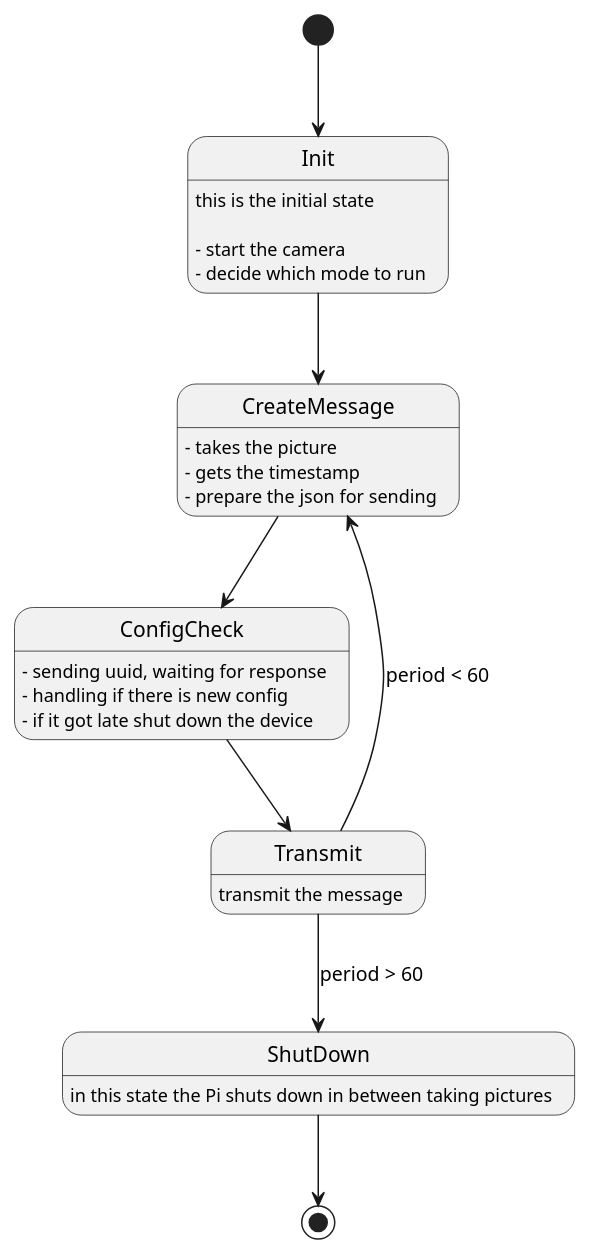
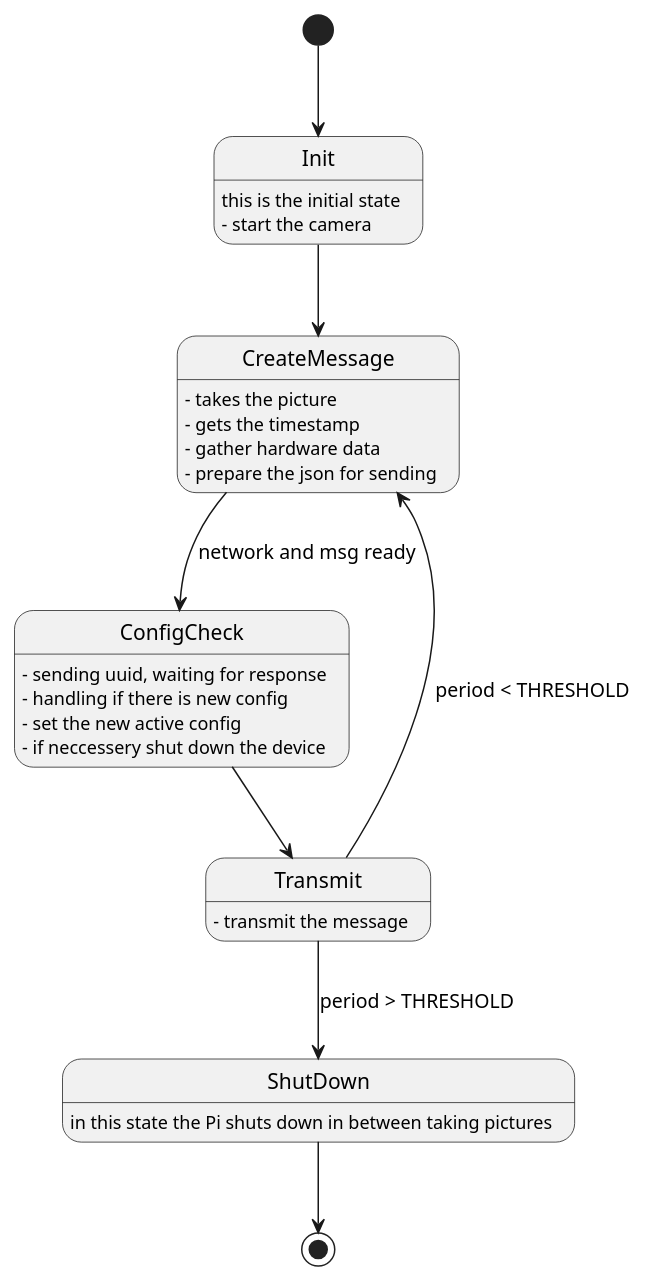
Before and after one commit to bnyitrai03/Sentinel_MrHAT_Cam: the diagram in state diagram.puml, drawn with PlantUML. The commit also changed 1 other file, not shown here.

Commit message:
updating diagrams

```diff
--- a/state diagram.puml
+++ b/state diagram.puml
@@ -1,28 +1,28 @@
 @startuml App state diagram
 
 [*] --> Init
 Init : this is the initial state
-Init: 
 Init: - start the camera
-Init: - decide which mode to run
 Init --> CreateMessage
 
 CreateMessage: - takes the picture
 CreateMessage: - gets the timestamp
+CreateMessage: - gather hardware data
 CreateMessage: - prepare the json for sending
-CreateMessage --> ConfigCheck
+CreateMessage --> ConfigCheck : network and msg ready
 
 
 ConfigCheck: - sending uuid, waiting for response
 ConfigCheck: - handling if there is new config
-ConfigCheck: - if it got late shut down the device
+ConfigCheck: - set the new active config
+ConfigCheck: - if neccessery shut down the device
 ConfigCheck --> Transmit
 
-Transmit: transmit the message
-Transmit --> ShutDown : period > 60
-Transmit --> CreateMessage : period < 60
+Transmit: - transmit the message
+Transmit --> ShutDown : period > THRESHOLD
+Transmit --> CreateMessage : period < THRESHOLD
 
 ShutDown: in this state the Pi shuts down in between taking pictures
 ShutDown --> [*]
 
 @enduml
```
